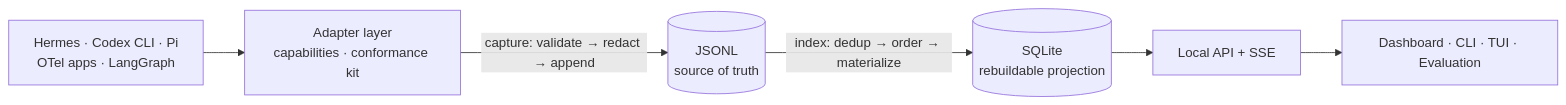
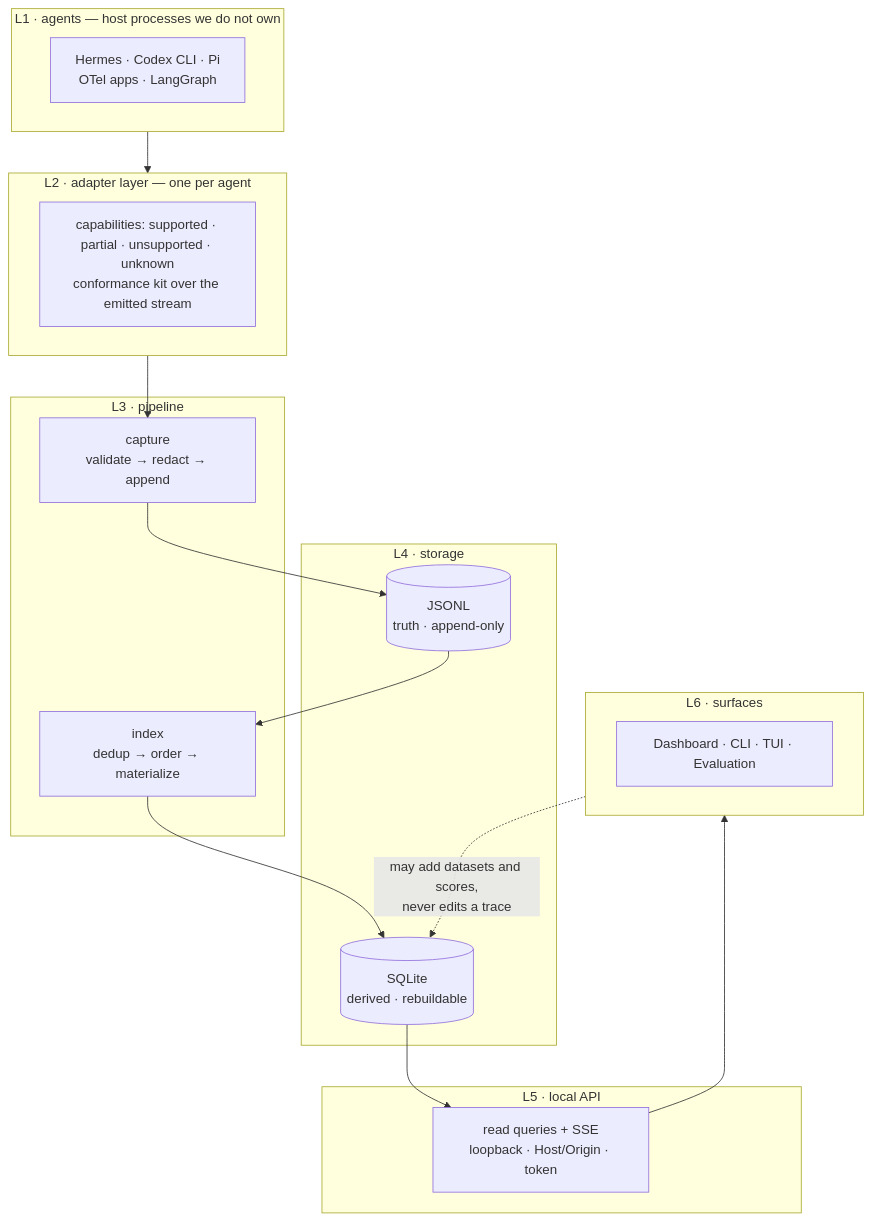
One commit to rayjun/agent-trace changed the diagram in README.md. Above: the diagram before and after it, drawn with Mermaid. The commit also changed other lines of this file and 4 other files, not shown here.

First line of the commit message:
docs: a six-layer architecture diagram, and the principles behind it

````diff
--- a/README.md
+++ b/README.md
@@ -35,14 +35,32 @@
 ```mermaid
-flowchart LR
-    agents["Hermes · Codex CLI · Pi<br/>OTel apps · LangGraph"]
-    adapters["Adapter layer<br/>capabilities · conformance kit"]
-    jsonl[("JSONL<br/>source of truth")]
-    sqlite[("SQLite<br/>rebuildable projection")]
-    api["Local API + SSE"]
-    surfaces["Dashboard · CLI · TUI · Evaluation"]
+flowchart TB
+    subgraph L1["L1 · agents — host processes we do not own"]
+        A["Hermes · Codex CLI · Pi<br/>OTel apps · LangGraph"]
+    end
+    subgraph L2["L2 · adapter layer — one per agent"]
+        B["capabilities: supported · partial · unsupported · unknown<br/>conformance kit over the emitted stream"]
+    end
+    subgraph L3["L3 · pipeline"]
+        C1["capture<br/>validate → redact → append"]
+        C2["index<br/>dedup → order → materialize"]
+    end
+    subgraph L4["L4 · storage"]
+        D1[("JSONL<br/>truth · append-only")]
+        D2[("SQLite<br/>derived · rebuildable")]
+    end
+    subgraph L5["L5 · local API"]
+        E["read queries + SSE<br/>loopback · Host/Origin · token"]
+    end
+    subgraph L6["L6 · surfaces"]
+        F["Dashboard · CLI · TUI · Evaluation"]
+    end
 
-    agents --> adapters
-    adapters -->|"capture: validate → redact → append"| jsonl
-    jsonl -->|"index: dedup → order → materialize"| sqlite
-    sqlite --> api --> surfaces
+    L1 --> L2
+    L2 --> C1
+    C1 --> D1
+    D1 --> C2
+    C2 --> D2
+    D2 --> E
+    E --> L6
+    L6 -. "may add datasets and scores,<br/>never edits a trace" .-> D2
 ```
````
